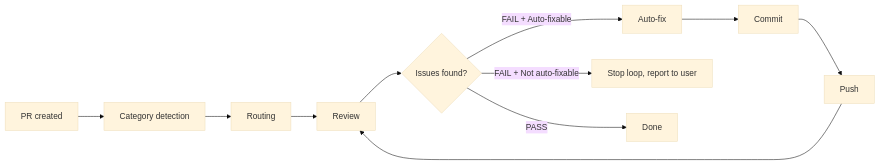
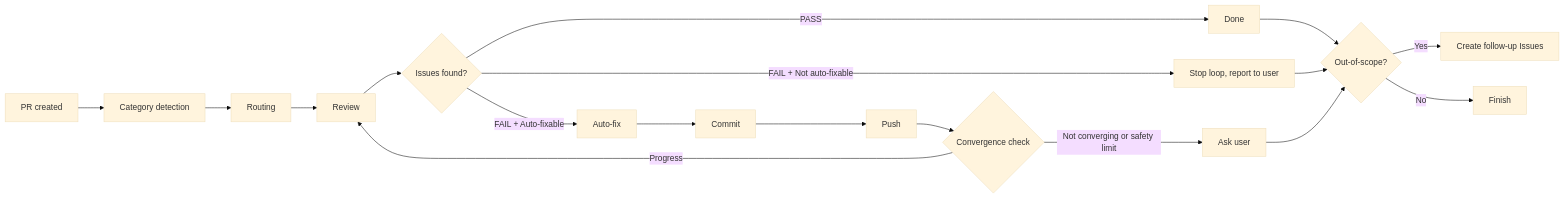
One commit to ShirokumaLibrary/shirokuma-docs changed the diagram in plugin/shirokuma-skills-en/skills/creating-pr-on-issue/SKILL.md. Above: the diagram before and after it, drawn with Mermaid (base theme). The commit also changed other lines of this file and 7 other files, not shown here.

````diff
--- a/plugin/shirokuma-skills-en/skills/creating-pr-on-issue/SKILL.md
+++ b/plugin/shirokuma-skills-en/skills/creating-pr-on-issue/SKILL.md
@@ -142,7 +145,13 @@
 ```mermaid
 graph LR
   A[PR created] --> B[Category detection] --> C[Routing] --> D[Review] --> E{Issues found?}
-  E -->|FAIL + Auto-fixable| F[Auto-fix] --> G[Commit] --> H[Push] --> D
-  E -->|FAIL + Not auto-fixable| I[Stop loop, report to user]
-  E -->|PASS| J[Done]
+  E -->|FAIL + Auto-fixable| F[Auto-fix] --> G[Commit] --> H[Push] --> I{Convergence check}
+  I -->|Progress| D
+  I -->|Not converging or safety limit| K[Ask user]
+  E -->|FAIL + Not auto-fixable| J[Stop loop, report to user]
+  E -->|PASS| L[Done] --> M{Out-of-scope?}
+  M -->|Yes| N[Create follow-up Issues]
+  M -->|No| O[Finish]
+  J --> M
+  K --> M
 ```
````
